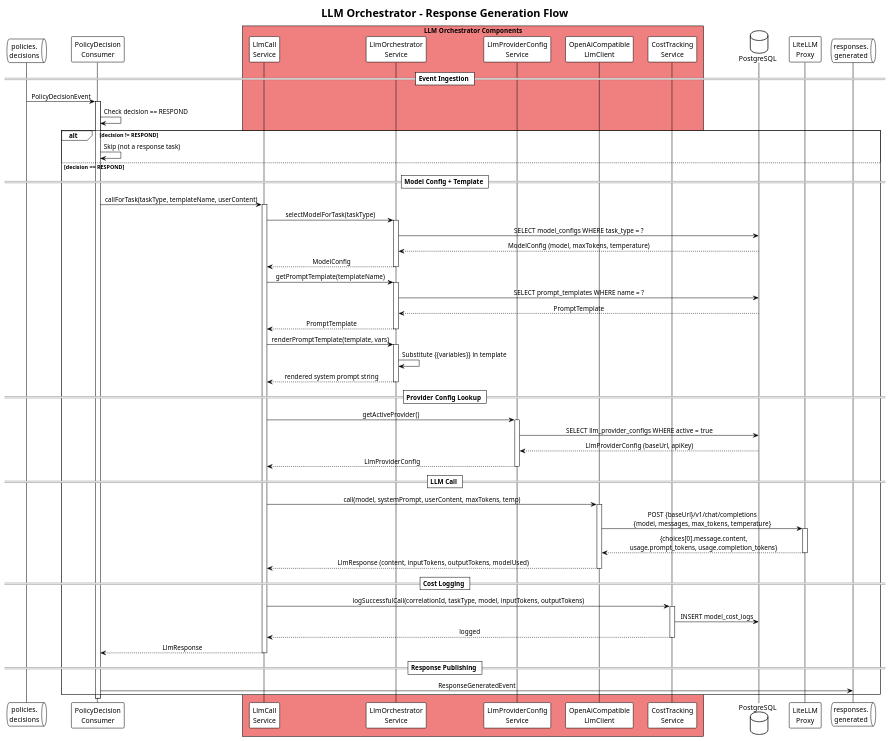
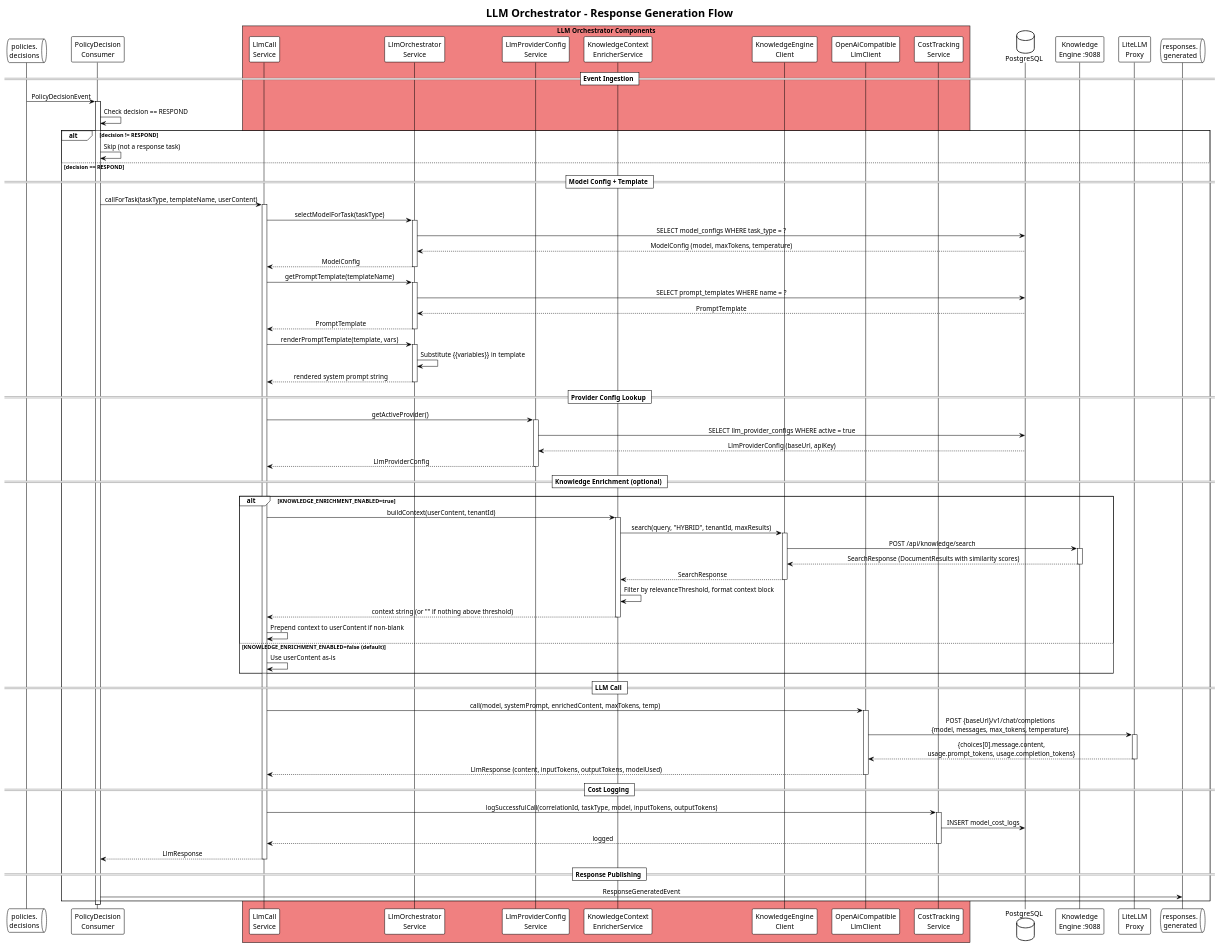
The diagram in documentation/diagrams/sequence-llm-orchestration.puml (theyellow/ecip), drawn with PlantUML before and after one commit. The commit also changed 5 other files, not shown here.

Commit message:
docs(26.10): update architecture guide, operations guide, diagrams, backlog, and POSSIBLE_DEVELOPMENT for knowledge enrichment

```diff
--- a/documentation/diagrams/sequence-llm-orchestration.puml
+++ b/documentation/diagrams/sequence-llm-orchestration.puml
@@ -1,92 +1,115 @@
 @startuml Sequence_LLM_Orchestration
 ' Purpose: LLM orchestration flow — actual implemented flow via LiteLLM proxy
 ' Used in: architecture-guide.adoc - LLM Orchestration section
 
 !theme plain
 skinparam sequenceMessageAlign center
 skinparam responseMessageBelowArrow true
 skinparam wrapWidth 180
 
 title LLM Orchestrator - Response Generation Flow
 
 queue "policies.\ndecisions" as InTopic
 participant "PolicyDecision\nConsumer" as Consumer
 box "LLM Orchestrator Components" #LightCoral
     participant "LlmCall\nService" as LlmCall
     participant "LlmOrchestrator\nService" as OrchestratorSvc
     participant "LlmProviderConfig\nService" as ProviderSvc
+    participant "KnowledgeContext\nEnricherService" as Enricher
+    participant "KnowledgeEngine\nClient" as KnowledgeClient
     participant "OpenAiCompatible\nLlmClient" as LlmClient
     participant "CostTracking\nService" as CostTracker
 end box
 database "PostgreSQL" as DB
+participant "Knowledge\nEngine :9088" as KnowledgeEngine
 participant "LiteLLM\nProxy" as LiteLLM
 queue "responses.\ngenerated" as OutTopic
 
 == Event Ingestion ==
 InTopic -> Consumer: PolicyDecisionEvent
 activate Consumer
 Consumer -> Consumer: Check decision == RESPOND
 
 alt decision != RESPOND
     Consumer -> Consumer: Skip (not a response task)
 else decision == RESPOND
 
     == Model Config + Template ==
     Consumer -> LlmCall: callForTask(taskType, templateName, userContent)
     activate LlmCall
 
     LlmCall -> OrchestratorSvc: selectModelForTask(taskType)
     activate OrchestratorSvc
     OrchestratorSvc -> DB: SELECT model_configs WHERE task_type = ?
     DB --> OrchestratorSvc: ModelConfig (model, maxTokens, temperature)
     OrchestratorSvc --> LlmCall: ModelConfig
     deactivate OrchestratorSvc
 
     LlmCall -> OrchestratorSvc: getPromptTemplate(templateName)
     activate OrchestratorSvc
     OrchestratorSvc -> DB: SELECT prompt_templates WHERE name = ?
     DB --> OrchestratorSvc: PromptTemplate
     OrchestratorSvc --> LlmCall: PromptTemplate
     deactivate OrchestratorSvc
 
     LlmCall -> OrchestratorSvc: renderPromptTemplate(template, vars)
     activate OrchestratorSvc
     OrchestratorSvc -> OrchestratorSvc: Substitute {{variables}} in template
     OrchestratorSvc --> LlmCall: rendered system prompt string
     deactivate OrchestratorSvc
 
     == Provider Config Lookup ==
     LlmCall -> ProviderSvc: getActiveProvider()
     activate ProviderSvc
     ProviderSvc -> DB: SELECT llm_provider_configs WHERE active = true
     DB --> ProviderSvc: LlmProviderConfig (baseUrl, apiKey)
     ProviderSvc --> LlmCall: LlmProviderConfig
     deactivate ProviderSvc
 
+    == Knowledge Enrichment (optional) ==
+    alt KNOWLEDGE_ENRICHMENT_ENABLED=true
+        LlmCall -> Enricher: buildContext(userContent, tenantId)
+        activate Enricher
+        Enricher -> KnowledgeClient: search(query, "HYBRID", tenantId, maxResults)
+        activate KnowledgeClient
+        KnowledgeClient -> KnowledgeEngine: POST /api/knowledge/search
+        activate KnowledgeEngine
+        KnowledgeEngine --> KnowledgeClient: SearchResponse (DocumentResults with similarity scores)
+        deactivate KnowledgeEngine
+        KnowledgeClient --> Enricher: SearchResponse
+        deactivate KnowledgeClient
+        Enricher -> Enricher: Filter by relevanceThreshold, format context block
+        Enricher --> LlmCall: context string (or "" if nothing above threshold)
+        deactivate Enricher
+        LlmCall -> LlmCall: Prepend context to userContent if non-blank
+    else KNOWLEDGE_ENRICHMENT_ENABLED=false (default)
+        LlmCall -> LlmCall: Use userContent as-is
+    end
+
     == LLM Call ==
-    LlmCall -> LlmClient: call(model, systemPrompt, userContent, maxTokens, temp)
+    LlmCall -> LlmClient: call(model, systemPrompt, enrichedContent, maxTokens, temp)
     activate LlmClient
     LlmClient -> LiteLLM: POST {baseUrl}/v1/chat/completions\n{model, messages, max_tokens, temperature}
     activate LiteLLM
     LiteLLM --> LlmClient: {choices[0].message.content,\nusage.prompt_tokens, usage.completion_tokens}
     deactivate LiteLLM
     LlmClient --> LlmCall: LlmResponse (content, inputTokens, outputTokens, modelUsed)
     deactivate LlmClient
 
     == Cost Logging ==
     LlmCall -> CostTracker: logSuccessfulCall(correlationId, taskType, model, inputTokens, outputTokens)
     activate CostTracker
     CostTracker -> DB: INSERT model_cost_logs
     CostTracker --> LlmCall: logged
     deactivate CostTracker
 
     LlmCall --> Consumer: LlmResponse
     deactivate LlmCall
 
     == Response Publishing ==
     Consumer -> OutTopic: ResponseGeneratedEvent
 end
 
 deactivate Consumer
 
 @enduml
```
